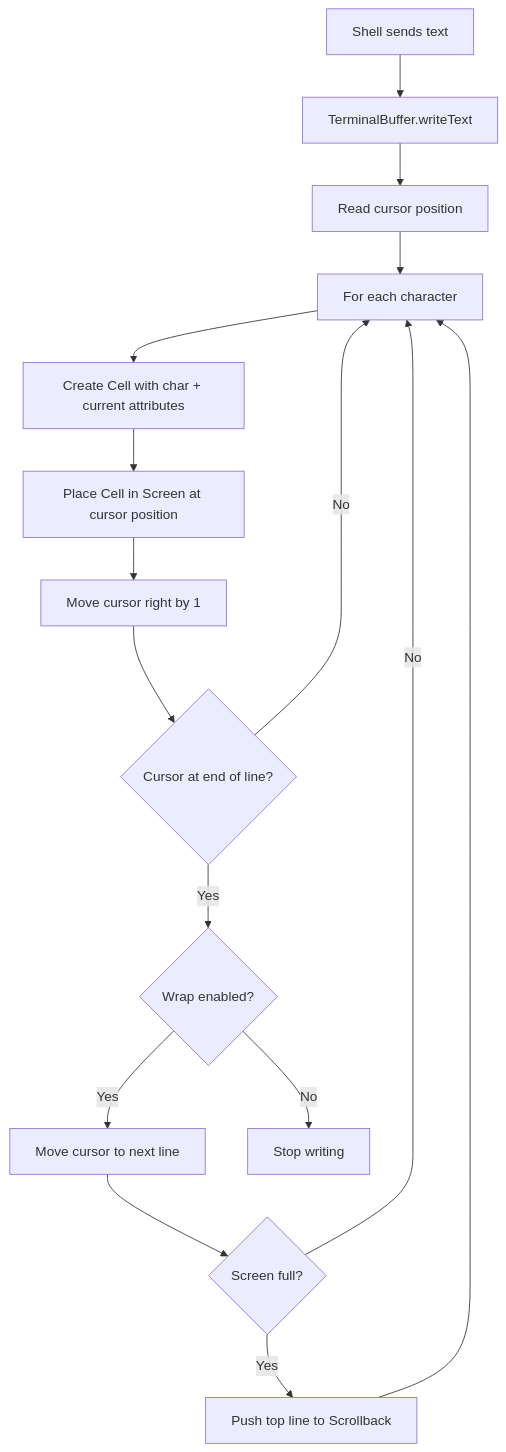
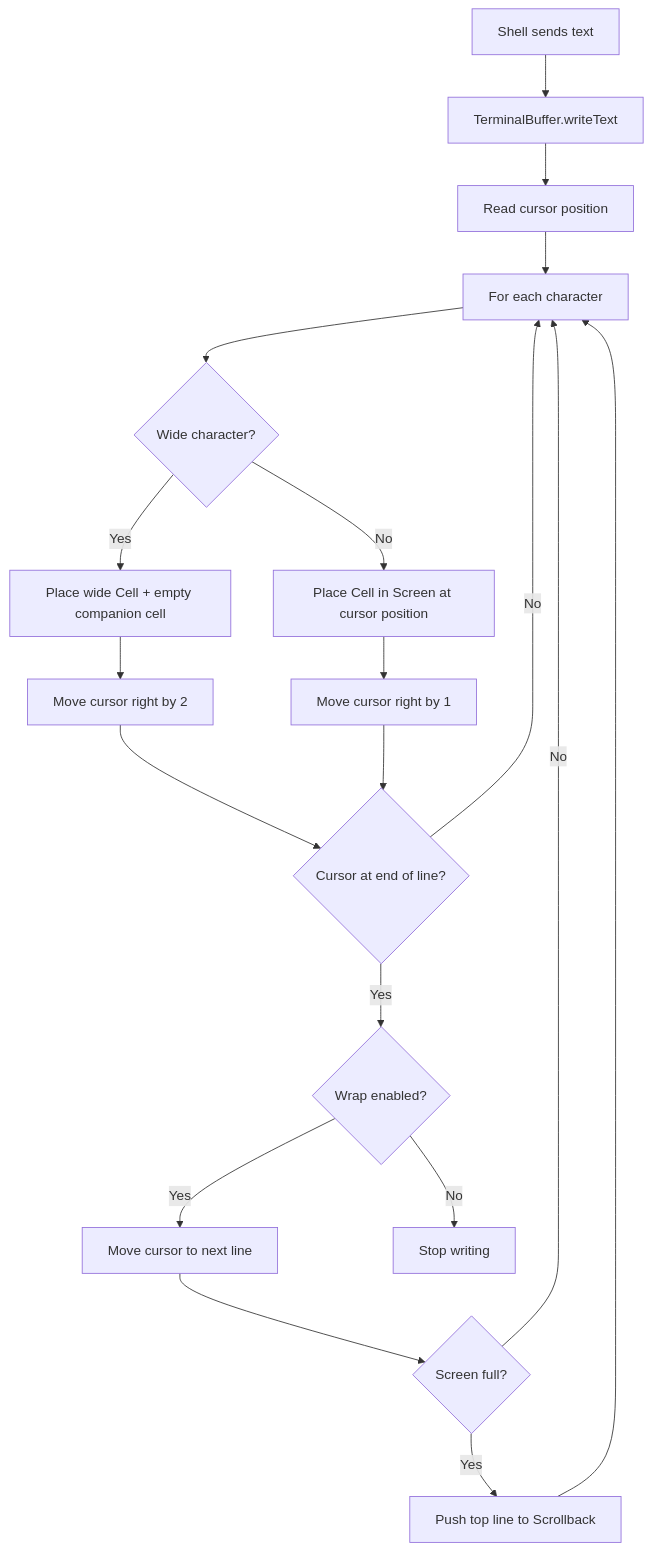
The second of 2 diagrams in README.md (irrivero/TerminalBuffer), drawn with Mermaid before and after one commit. The commit also changed other lines of this file, not shown here.

Commit message:
docs: update README with wide char and resize design decisions

````diff
--- a/README.md
+++ b/README.md
@@ -75,18 +80,21 @@
 ```mermaid
 flowchart TD
     A[Shell sends text] --> B[TerminalBuffer.writeText]
     B --> C[Read cursor position]
     C --> D[For each character]
-    D --> E[Create Cell with char + current attributes]
-    E --> F[Place Cell in Screen at cursor position]
-    F --> G[Move cursor right by 1]
-    G --> H{Cursor at end of line?}
-    H -->|No| D
-    H -->|Yes| I{Wrap enabled?}
-    I -->|Yes| J[Move cursor to next line]
-    J --> K{Screen full?}
-    K -->|No| D
-    K -->|Yes| L[Push top line to Scrollback]
-    L --> D
-    I -->|No| M[Stop writing]
+    D --> E{Wide character?}
+    E -->|Yes| F[Place wide Cell + empty companion cell]
+    E -->|No| G[Place Cell in Screen at cursor position]
+    F --> H[Move cursor right by 2]
+    G --> I[Move cursor right by 1]
+    H --> J{Cursor at end of line?}
+    I --> J
+    J -->|No| D
+    J -->|Yes| K{Wrap enabled?}
+    K -->|Yes| L[Move cursor to next line]
+    L --> M{Screen full?}
+    M -->|No| D
+    M -->|Yes| N[Push top line to Scrollback]
+    N --> D
+    K -->|No| O[Stop writing]
 ```
````
